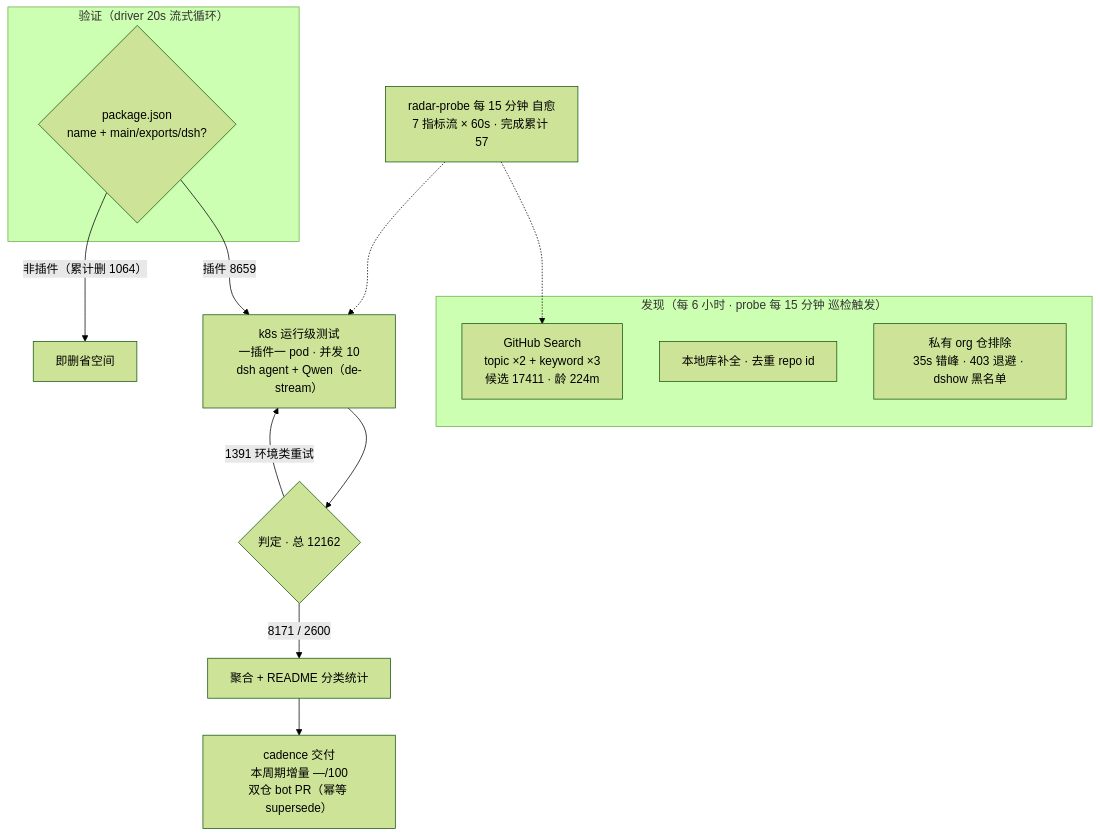
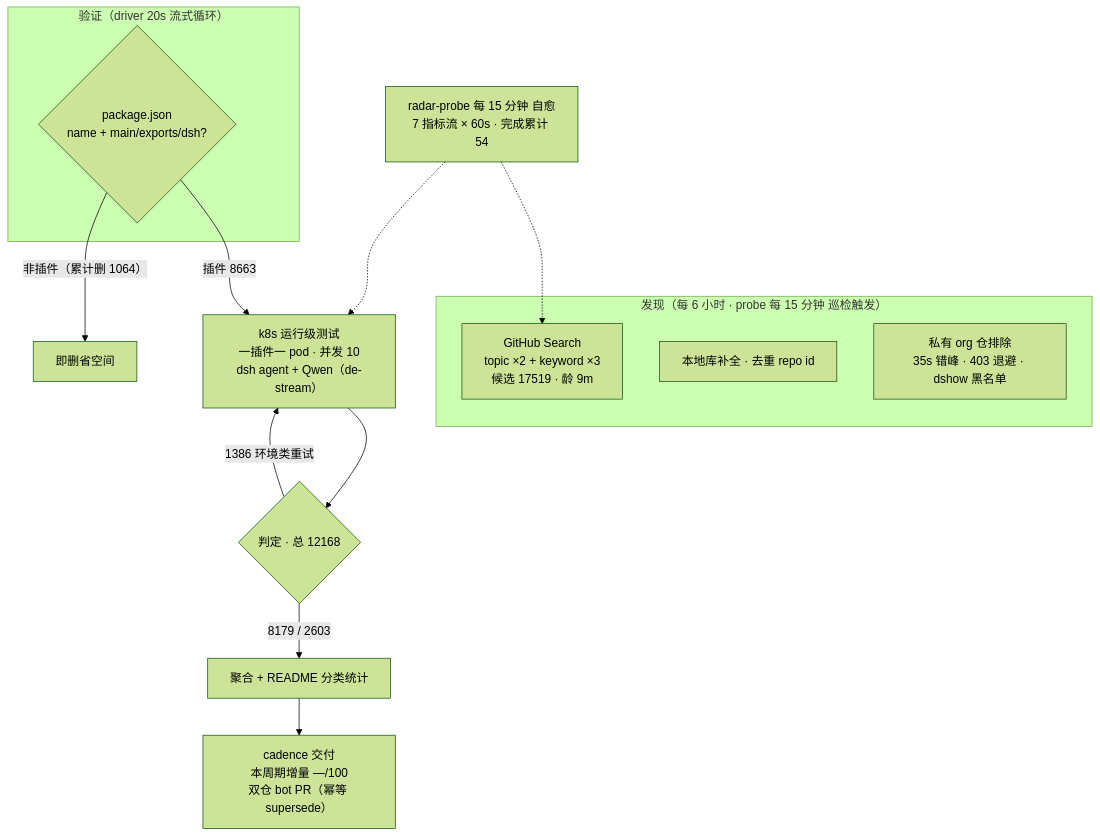
One commit to Zhidao-Lab-OSS/awesome-dsh-plugins changed the diagram in README.md. Above: the diagram before and after it, drawn with Mermaid (forest theme). The commit also changed other lines of this file and 1 other file, not shown here.

````diff
--- a/README.md
+++ b/README.md
@@ -52,20 +52,20 @@
 ```mermaid
 flowchart TB
     subgraph Discovery["发现（每 6 小时 · probe 每 15 分钟 巡检触发）"]
-        A1["GitHub Search<br/>topic ×2 + keyword ×3<br/>候选 17411 · 龄 224m"]
+        A1["GitHub Search<br/>topic ×2 + keyword ×3<br/>候选 17519 · 龄 9m"]
         A2["本地库补全 · 去重 repo id"]
         A3["私有 org 仓排除<br/>35s 错峰 · 403 退避 · dshow 黑名单"]
     end
     subgraph Validation["验证（driver 20s 流式循环）"]
         B1{"package.json<br/>name + main/exports/dsh?"}
     end
-    B1 -->|"插件 8659"| C1["k8s 运行级测试<br/>一插件一 pod · 并发 10<br/>dsh agent + Qwen（de-stream）"]
+    B1 -->|"插件 8663"| C1["k8s 运行级测试<br/>一插件一 pod · 并发 10<br/>dsh agent + Qwen（de-stream）"]
     B1 -->|"非插件（累计删 1064）"| B3["即删省空间"]
-    C1 --> D1{"判定 · 总 12162"}
-    D1 -->|"8171 / 2600"| E1["聚合 + README 分类统计"]
-    D1 -->|"1391 环境类重试"| C1
+    C1 --> D1{"判定 · 总 12168"}
+    D1 -->|"8179 / 2603"| E1["聚合 + README 分类统计"]
+    D1 -->|"1386 环境类重试"| C1
     E1 --> E2["cadence 交付<br/>本周期增量 —/100<br/>双仓 bot PR（幂等 supersede）"]
-    M["radar-probe 每 15 分钟 自愈<br/>7 指标流 × 60s · 完成累计 57"]
+    M["radar-probe 每 15 分钟 自愈<br/>7 指标流 × 60s · 完成累计 54"]
     M -.-> A1
     M -.-> C1
 ```
````
